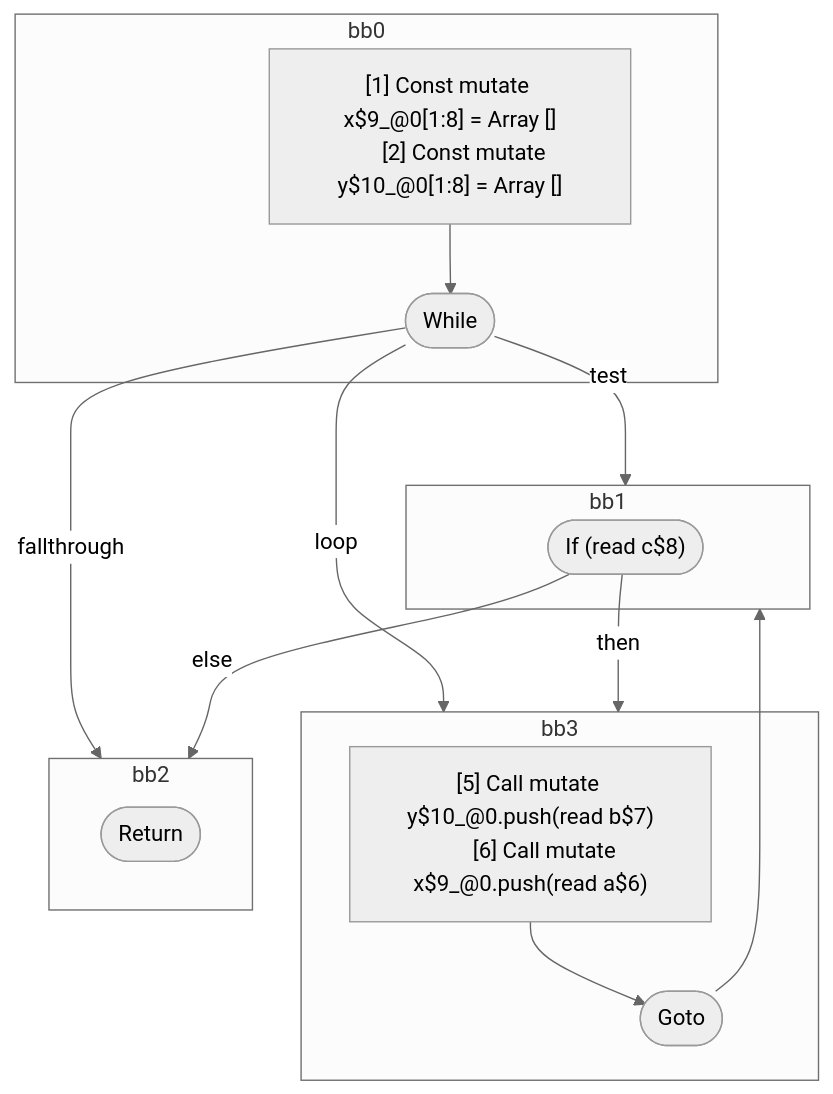
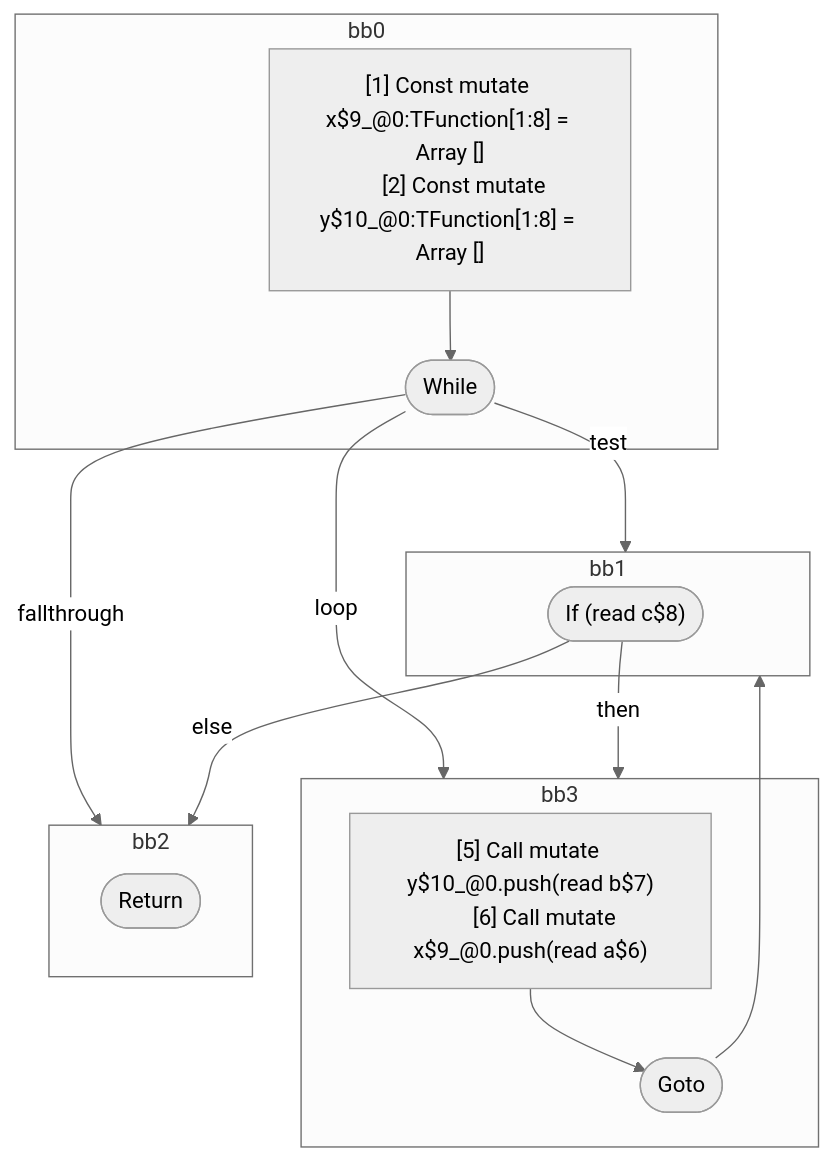
Before and after one commit to wutsmog/private: the diagram in compiler/forget/src/__tests__/fixtures/hir/overlapping-scopes-while.expect.md, drawn with Mermaid (neutral theme). The commit also changed other lines of this file and 112 other files, not shown here.

````diff
--- a/compiler/forget/src/__tests__/fixtures/hir/overlapping-scopes-while.expect.md
+++ b/compiler/forget/src/__tests__/fixtures/hir/overlapping-scopes-while.expect.md
@@ -62,33 +62,33 @@
 ```mermaid
 flowchart TB
   %% Basic Blocks
   subgraph bb0
     bb0_instrs["
-      [1] Const mutate x$9_@0[1:8] = Array []
-      [2] Const mutate y$10_@0[1:8] = Array []
+      [1] Const mutate x$9_@0:TFunction[1:8] = Array []
+      [2] Const mutate y$10_@0:TFunction[1:8] = Array []
     "]
     bb0_instrs --> bb0_terminal(["While"])
   end
   subgraph bb1
     bb1_terminal(["If (read c$8)"])
   end
   subgraph bb3
     bb3_instrs["
       [5] Call mutate y$10_@0.push(read b$7)
       [6] Call mutate x$9_@0.push(read a$6)
     "]
     bb3_instrs --> bb3_terminal(["Goto"])
   end
   subgraph bb2
     bb2_terminal(["Return"])
   end
 
   %% Jumps
   bb0_terminal -- "test" --> bb1
   bb0_terminal -- "loop" --> bb3
   bb0_terminal -- "fallthrough" --> bb2
   bb1_terminal -- "then" --> bb3
   bb1_terminal -- "else" --> bb2
   bb3_terminal --> bb1
 
 ```
````
